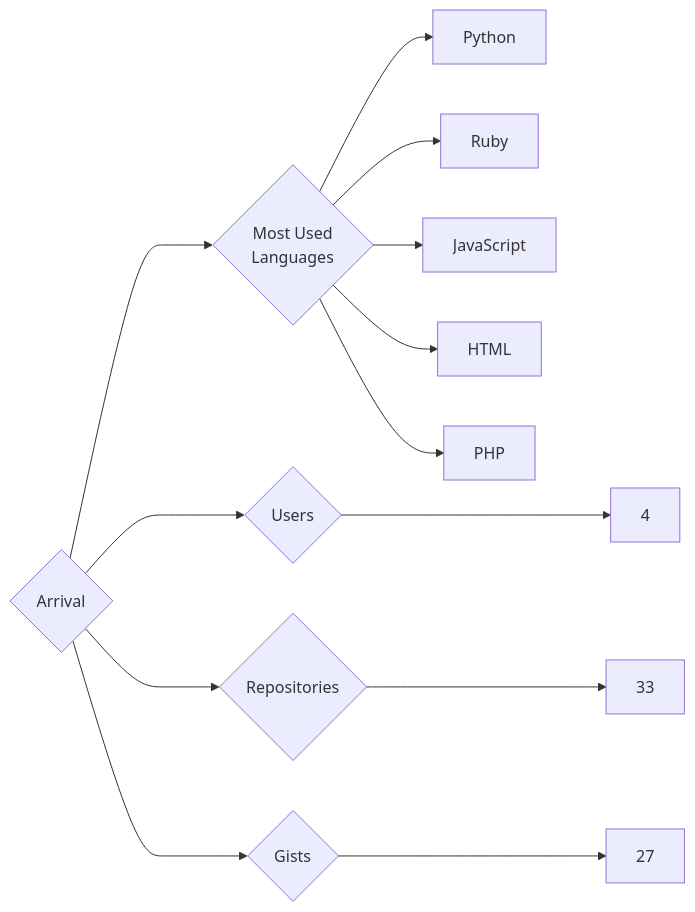
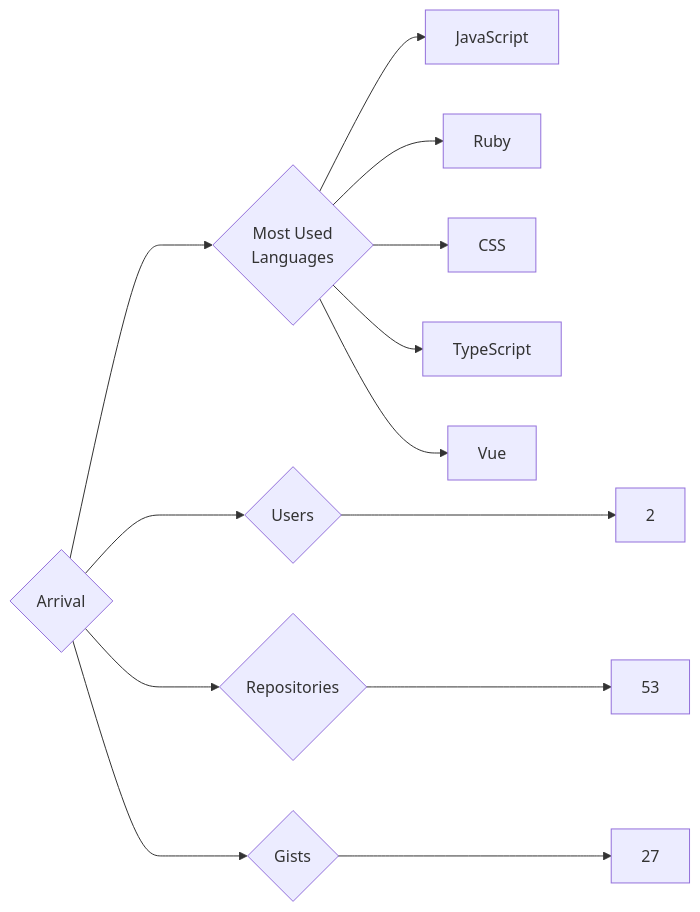
The diagram in targets/Arrival/README.md (trickest/insiders), drawn with Mermaid before and after one commit. The commit also changed 1007 other files, not shown here.

````diff
--- a/targets/Arrival/README.md
+++ b/targets/Arrival/README.md
@@ -3,13 +3,13 @@
 ```mermaid
 graph LR
 COMPANY_NAME{Arrival}
-COMPANY_NAME ---> U{Users} ---> UN[4]
-COMPANY_NAME ---> R{Repositories} ---> RN[33]
+COMPANY_NAME ---> U{Users} ---> UN[2]
+COMPANY_NAME ---> R{Repositories} ---> RN[53]
 COMPANY_NAME ---> G{Gists} ---> GN[27]
 COMPANY_NAME ---> ML{Most Used<br>Languages}
-ML --> Python[Python]
+ML --> JavaScript[JavaScript]
 ML --> Ruby[Ruby]
-ML --> JavaScript[JavaScript]
-ML --> HTML[HTML]
-ML --> PHP[PHP]
+ML --> CSS[CSS]
+ML --> TypeScript[TypeScript]
+ML --> Vue[Vue]
 ```
````
